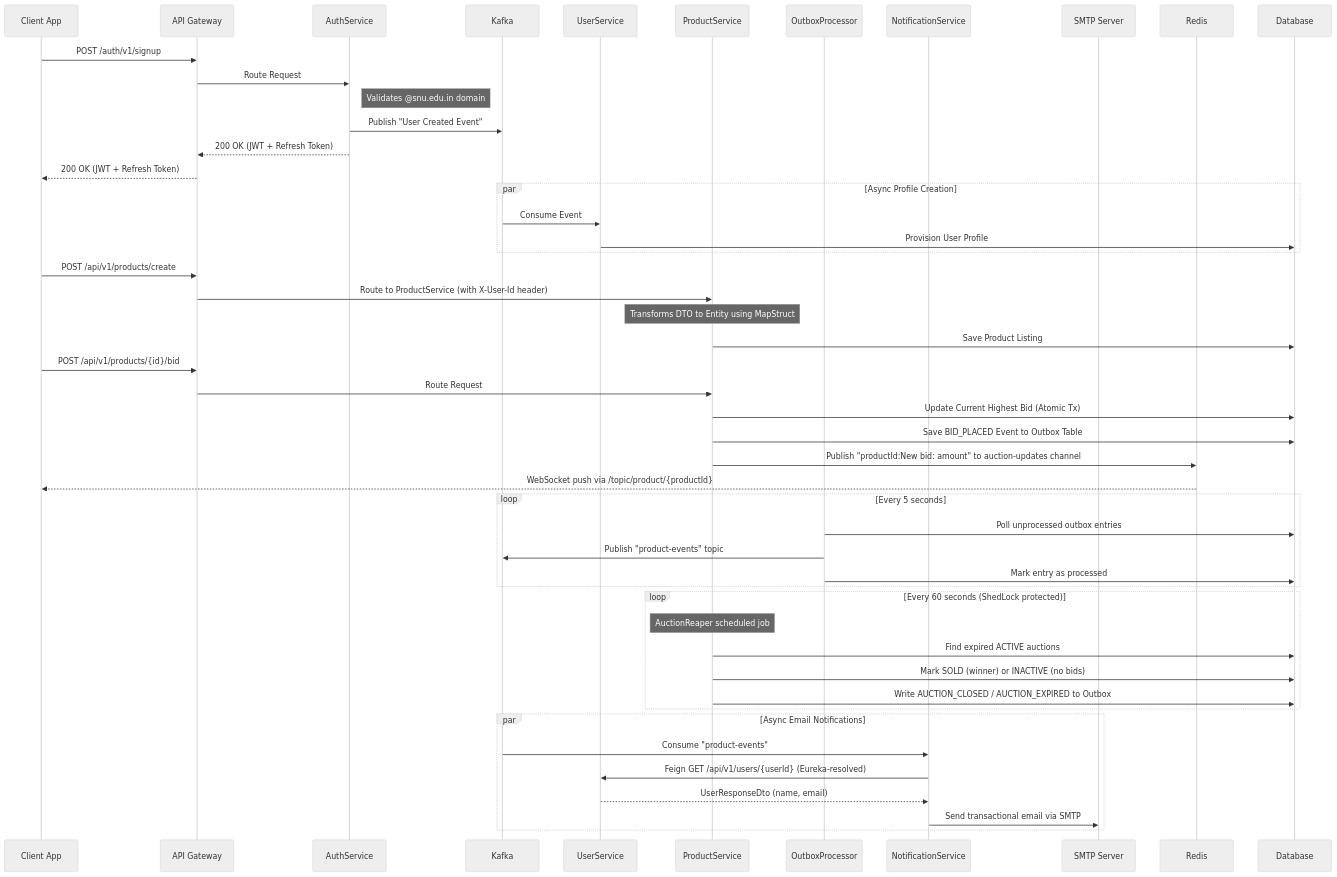
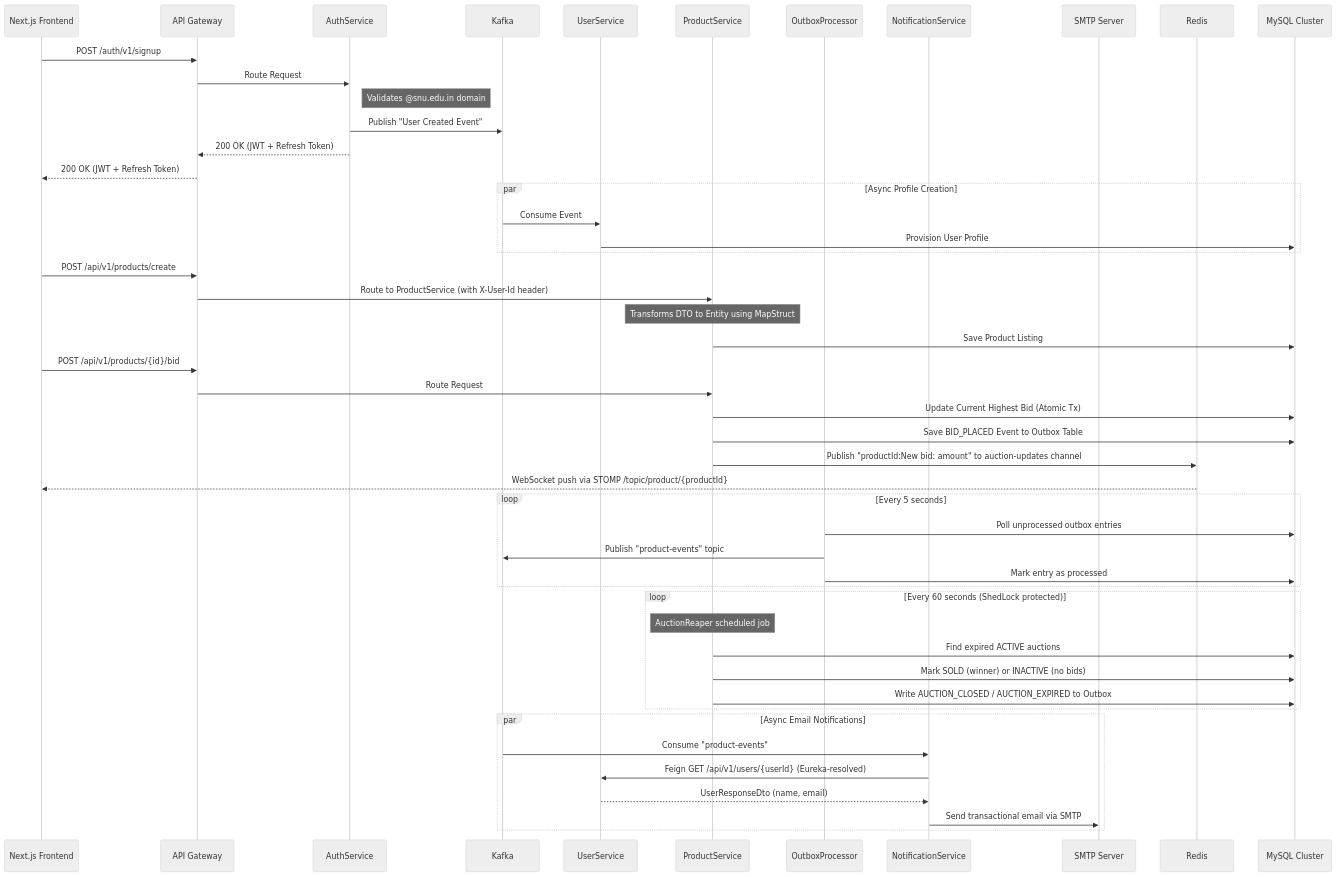
Before and after one commit to Arnav05-cyber/AuctionU: the diagram in README.md, drawn with Mermaid (neutral theme). The commit also changed other lines of this file and 44 other files, not shown here.

Commit message:
feat: complete Next.js frontend setup, ui implementation, and full docker compose orchestration

````diff
--- a/README.md
+++ b/README.md
@@ -9,58 +9,58 @@
 ```mermaid
 sequenceDiagram
-    participant App as Client App
+    participant UI as Next.js Frontend
     participant Gateway as API Gateway
     participant AuthService
     participant Kafka
     participant UserService
     participant ProductService as ProductService
     participant OutboxProcessor
     participant NotificationService
     participant MailServer as SMTP Server
     participant Redis
-    participant Database
+    participant Database as MySQL Cluster
 
-    App->>Gateway: POST /auth/v1/signup 
+    UI->>Gateway: POST /auth/v1/signup 
     Gateway->>AuthService: Route Request
     Note right of AuthService: Validates @snu.edu.in domain
     AuthService->>Kafka: Publish "User Created Event"
     AuthService-->>Gateway: 200 OK (JWT + Refresh Token)
-    Gateway-->>App: 200 OK (JWT + Refresh Token)
+    Gateway-->>UI: 200 OK (JWT + Refresh Token)
 
     par Async Profile Creation
         Kafka->>UserService: Consume Event
         UserService->>Database: Provision User Profile
     end
 
-    App->>Gateway: POST /api/v1/products/create
+    UI->>Gateway: POST /api/v1/products/create
     Gateway->>ProductService: Route to ProductService (with X-User-Id header)
     Note over ProductService: Transforms DTO to Entity using MapStruct
     ProductService->>Database: Save Product Listing
 
-    App->>Gateway: POST /api/v1/products/{id}/bid
+    UI->>Gateway: POST /api/v1/products/{id}/bid
     Gateway->>ProductService: Route Request
     ProductService->>Database: Update Current Highest Bid (Atomic Tx)
     ProductService->>Database: Save BID_PLACED Event to Outbox Table
     ProductService->>Redis: Publish "productId:New bid: amount" to auction-updates channel
-    Redis-->>App: WebSocket push via /topic/product/{productId}
+    Redis-->>UI: WebSocket push via STOMP /topic/product/{productId}
 
     loop Every 5 seconds
         OutboxProcessor->>Database: Poll unprocessed outbox entries
         OutboxProcessor->>Kafka: Publish "product-events" topic
         OutboxProcessor->>Database: Mark entry as processed
     end
 
     loop Every 60 seconds (ShedLock protected)
         Note over ProductService: AuctionReaper scheduled job
         ProductService->>Database: Find expired ACTIVE auctions
         ProductService->>Database: Mark SOLD (winner) or INACTIVE (no bids)
         ProductService->>Database: Write AUCTION_CLOSED / AUCTION_EXPIRED to Outbox
     end
 
     par Async Email Notifications
         Kafka->>NotificationService: Consume "product-events"
         NotificationService->>UserService: Feign GET /api/v1/users/{userId} (Eureka-resolved)
         UserService-->>NotificationService: UserResponseDto (name, email)
         NotificationService->>MailServer: Send transactional email via SMTP
     end
 ```
````
